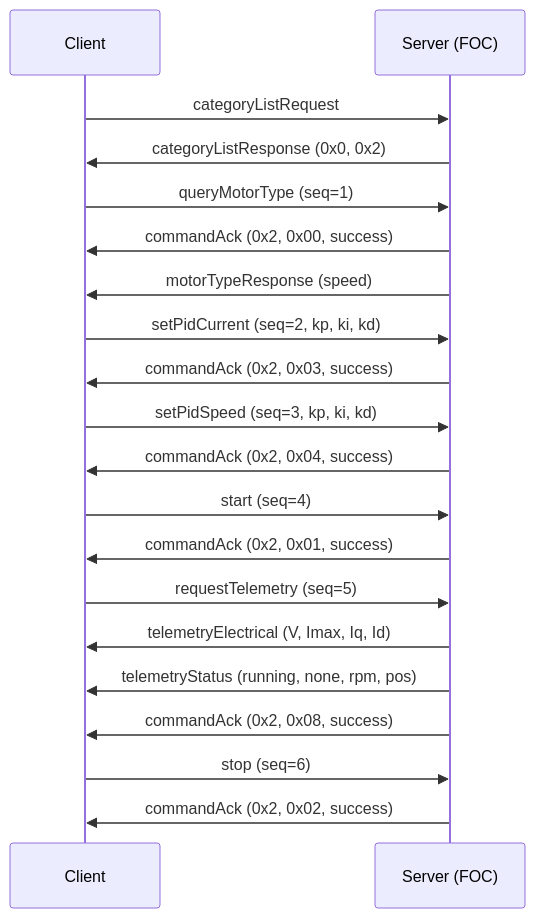
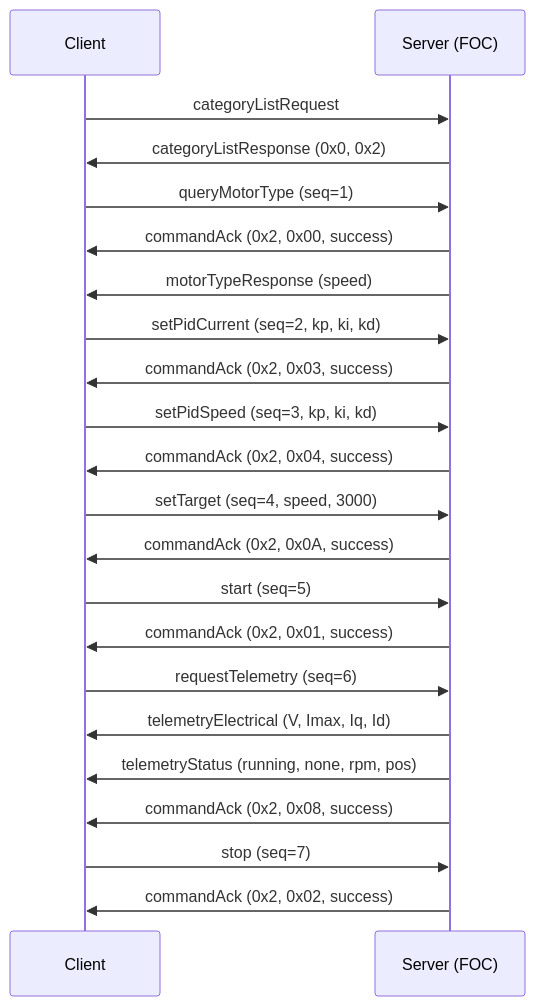
Before and after one commit to embedded-pro/can-lite: the first of 2 diagrams in documents/spec/foc-motor-control.md, drawn with Mermaid. The commit also changed other lines of this file and 28 other files, not shown here.

````diff
--- a/documents/spec/foc-motor-control.md
+++ b/documents/spec/foc-motor-control.md
@@ -257,29 +307,32 @@
 ```mermaid
 sequenceDiagram
     participant C as Client
     participant S as Server (FOC)
 
     C->>S: categoryListRequest
     S->>C: categoryListResponse (0x0, 0x2)
 
     C->>S: queryMotorType (seq=1)
     S->>C: commandAck (0x2, 0x00, success)
     S->>C: motorTypeResponse (speed)
 
     C->>S: setPidCurrent (seq=2, kp, ki, kd)
     S->>C: commandAck (0x2, 0x03, success)
 
     C->>S: setPidSpeed (seq=3, kp, ki, kd)
     S->>C: commandAck (0x2, 0x04, success)
 
-    C->>S: start (seq=4)
+    C->>S: setTarget (seq=4, speed, 3000)
+    S->>C: commandAck (0x2, 0x0A, success)
+
+    C->>S: start (seq=5)
     S->>C: commandAck (0x2, 0x01, success)
 
-    C->>S: requestTelemetry (seq=5)
+    C->>S: requestTelemetry (seq=6)
     S->>C: telemetryElectrical (V, Imax, Iq, Id)
     S->>C: telemetryStatus (running, none, rpm, pos)
     S->>C: commandAck (0x2, 0x08, success)
 
-    C->>S: stop (seq=6)
+    C->>S: stop (seq=7)
     S->>C: commandAck (0x2, 0x02, success)
 ```
````
